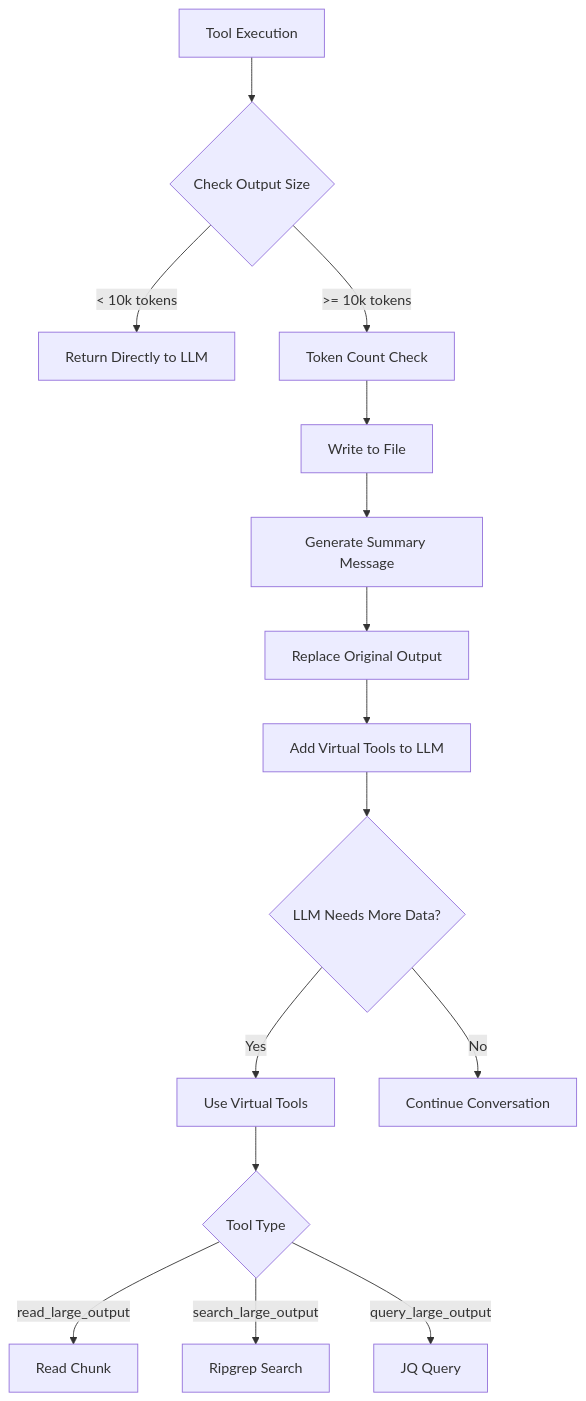
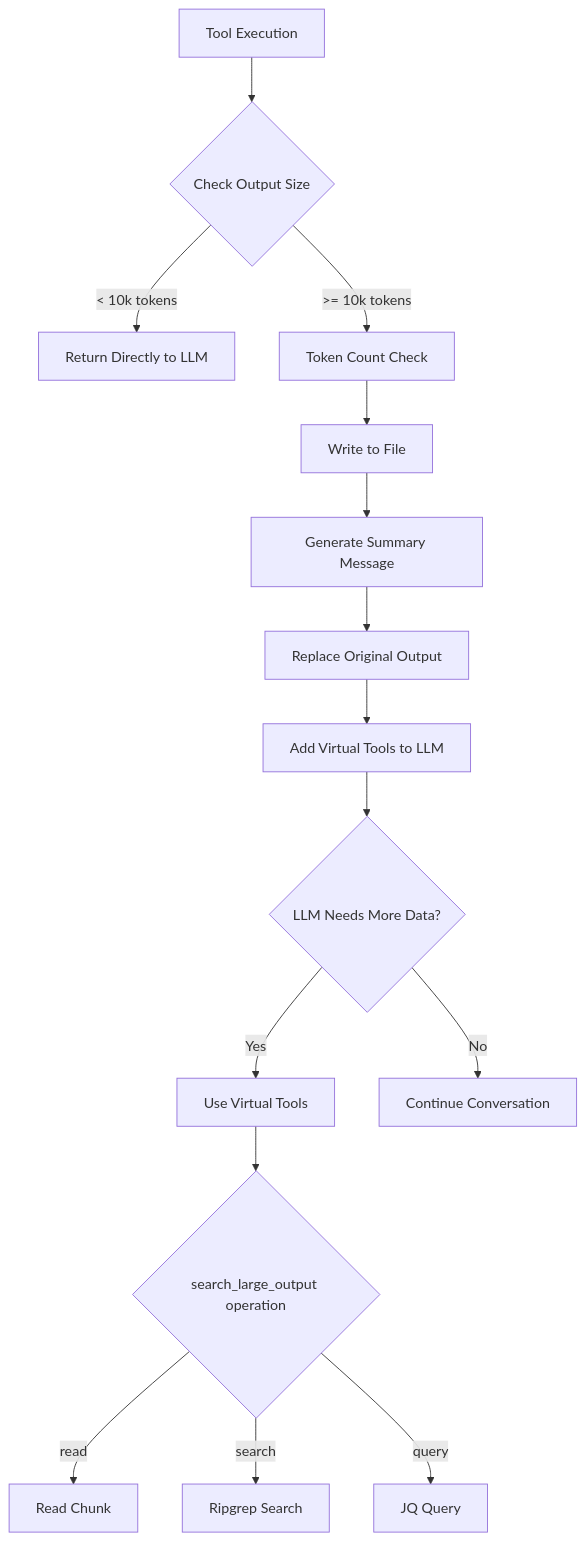
Before and after one commit to manishiitg/mcpagent: the diagram in docs/large_output_handling.md, drawn with Mermaid. The commit also changed other lines of this file and 43 other files, not shown here.

````diff
--- a/docs/large_output_handling.md
+++ b/docs/large_output_handling.md
@@ -43,17 +43,17 @@
 ```mermaid
 graph TD
     A[Tool Execution] --> B{Check Output Size}
     B -->|"< 10k tokens"| C[Return Directly to LLM]
     B -->|">= 10k tokens"| D[Token Count Check]
     D --> E[Write to File]
     E --> F[Generate Summary Message]
     F --> G[Replace Original Output]
     G --> H[Add Virtual Tools to LLM]
     H --> I{LLM Needs More Data?}
     I -->|Yes| J[Use Virtual Tools]
-    J --> K{Tool Type}
-    K -->|read_large_output| L[Read Chunk]
-    K -->|search_large_output| M[Ripgrep Search]
-    K -->|query_large_output| N[JQ Query]
+    J --> K{search_large_output operation}
+    K -->|read| L[Read Chunk]
+    K -->|search| M[Ripgrep Search]
+    K -->|query| N[JQ Query]
     I -->|No| O[Continue Conversation]
 ```
````
